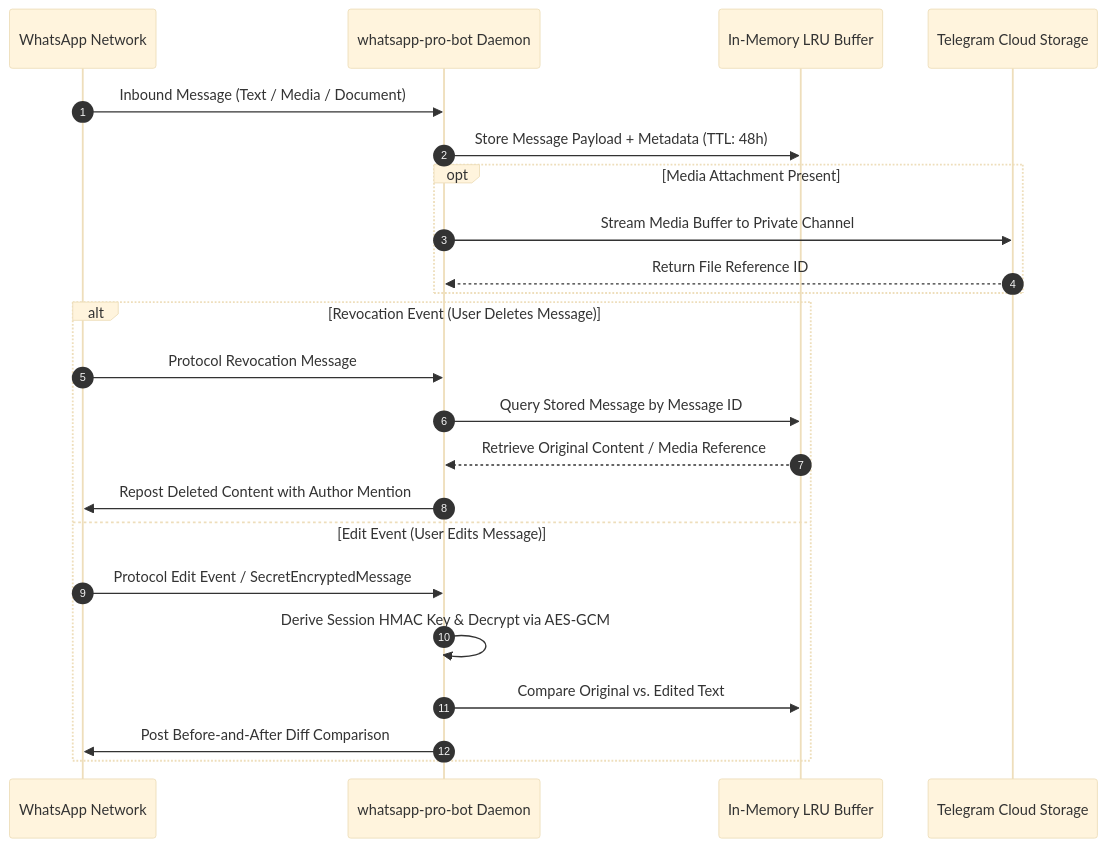
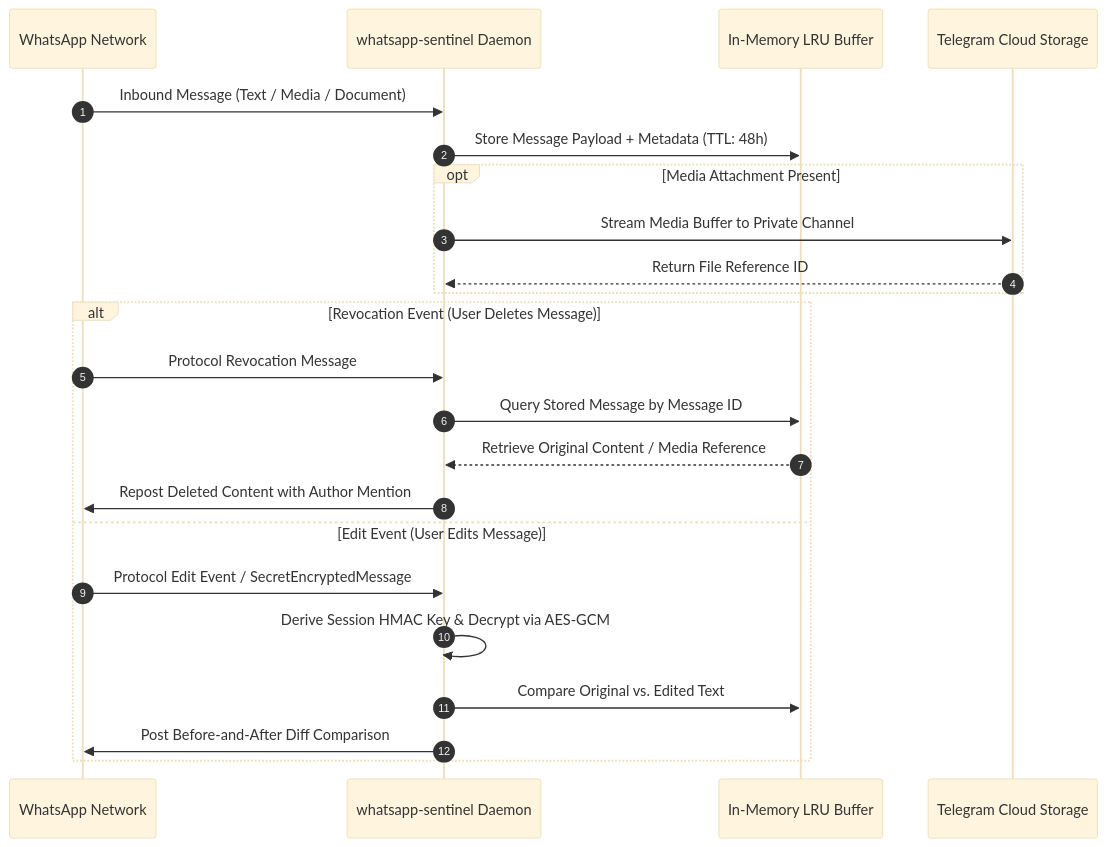
Before and after one commit to itsgoharrehman/whatsapp-pro-bot: the diagram in README.md, drawn with Mermaid (base theme). The commit also changed other lines of this file, not shown here.

Commit message:
docs: update README references to whatsapp-sentinel

````diff
--- a/README.md
+++ b/README.md
@@ -26,27 +26,27 @@
 ```mermaid
 sequenceDiagram
     autonumber
     participant Chat as WhatsApp Network
-    participant Bot as whatsapp-pro-bot Daemon
+    participant Bot as whatsapp-sentinel Daemon
     participant Buffer as In-Memory LRU Buffer
     participant TG as Telegram Cloud Storage
 
     Chat->>Bot: Inbound Message (Text / Media / Document)
     Bot->>Buffer: Store Message Payload + Metadata (TTL: 48h)
     opt Media Attachment Present
         Bot->>TG: Stream Media Buffer to Private Channel
         TG-->>Bot: Return File Reference ID
     end
 
     alt Revocation Event (User Deletes Message)
         Chat->>Bot: Protocol Revocation Message
         Bot->>Buffer: Query Stored Message by Message ID
         Buffer-->>Bot: Retrieve Original Content / Media Reference
         Bot->>Chat: Repost Deleted Content with Author Mention
     else Edit Event (User Edits Message)
         Chat->>Bot: Protocol Edit Event / SecretEncryptedMessage
         Bot->>Bot: Derive Session HMAC Key & Decrypt via AES-GCM
         Bot->>Buffer: Compare Original vs. Edited Text
         Bot->>Chat: Post Before-and-After Diff Comparison
     end
 ```
````
